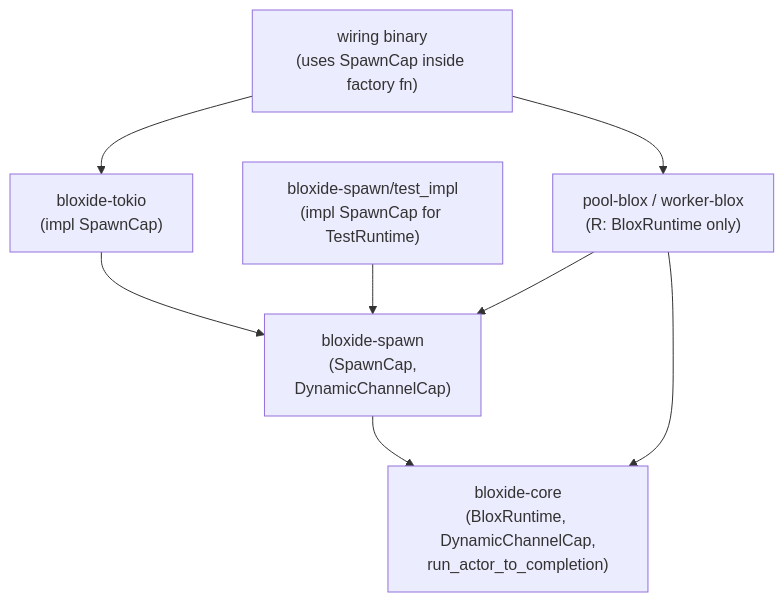
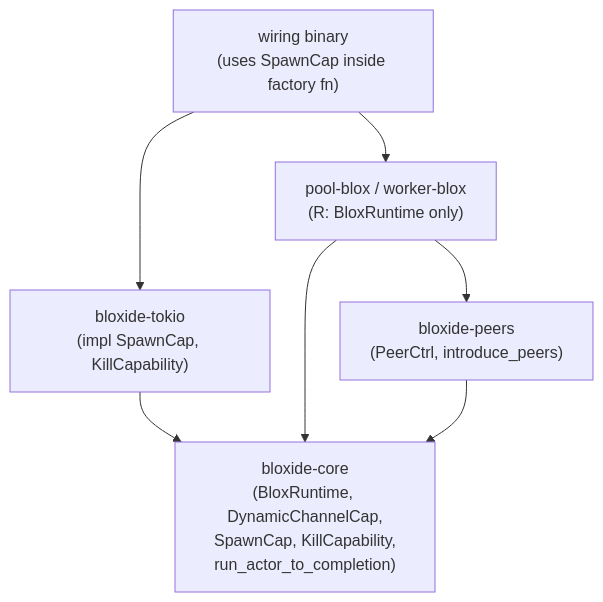
Before and after one commit to bloxide-com/bloxide: the first of 4 diagrams in spec/architecture/11-dynamic-actors.md, drawn with Mermaid. The commit also changed other lines of this file and 12 other files, not shown here.

````diff
--- a/spec/architecture/11-dynamic-actors.md
+++ b/spec/architecture/11-dynamic-actors.md
@@ -75,17 +77,15 @@
 ```mermaid
 flowchart TD
-    BloxideCore["bloxide-core\n(BloxRuntime, DynamicChannelCap,\nrun_actor_to_completion)"]
-    BloxideSpawn["bloxide-spawn\n(SpawnCap,\nDynamicChannelCap)"]
-    TokioRuntime["bloxide-tokio\n(impl SpawnCap)"]
-    TestImpl["bloxide-spawn/test_impl\n(impl SpawnCap for TestRuntime)"]
+    BloxideCore["bloxide-core\n(BloxRuntime, DynamicChannelCap,\nSpawnCap, KillCapability,\nrun_actor_to_completion)"]
+    BloxidePeers["bloxide-peers\n(PeerCtrl, introduce_peers)"]
+    TokioRuntime["bloxide-tokio\n(impl SpawnCap, KillCapability)"]
     PoolBlox["pool-blox / worker-blox\n(R: BloxRuntime only)"]
     WiringBinary["wiring binary\n(uses SpawnCap inside factory fn)"]
 
-    BloxideSpawn --> BloxideCore
-    TokioRuntime --> BloxideSpawn
-    TestImpl --> BloxideSpawn
-    PoolBlox --> BloxideSpawn
+    BloxidePeers --> BloxideCore
+    TokioRuntime --> BloxideCore
     PoolBlox --> BloxideCore
+    PoolBlox --> BloxidePeers
     WiringBinary --> TokioRuntime
     WiringBinary --> PoolBlox
 ```
````
